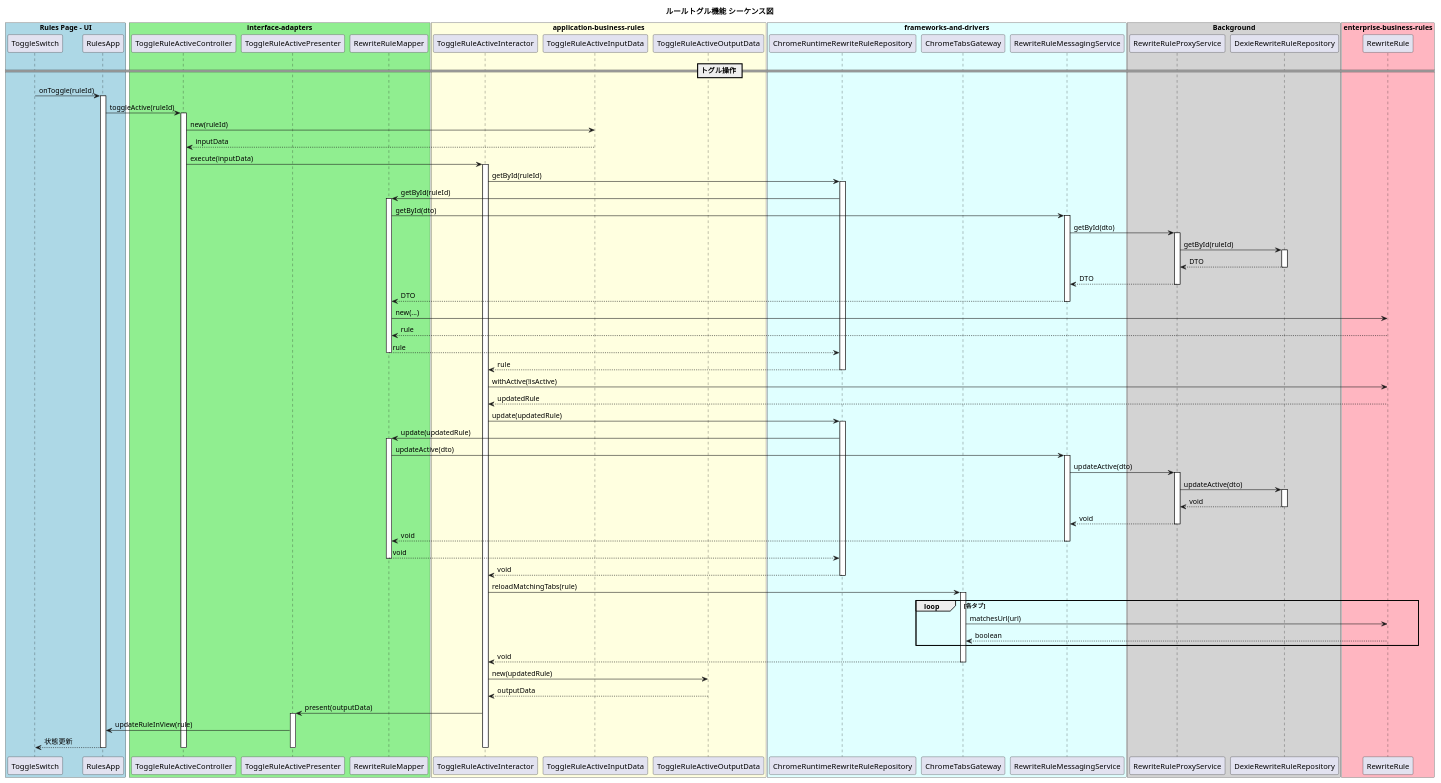
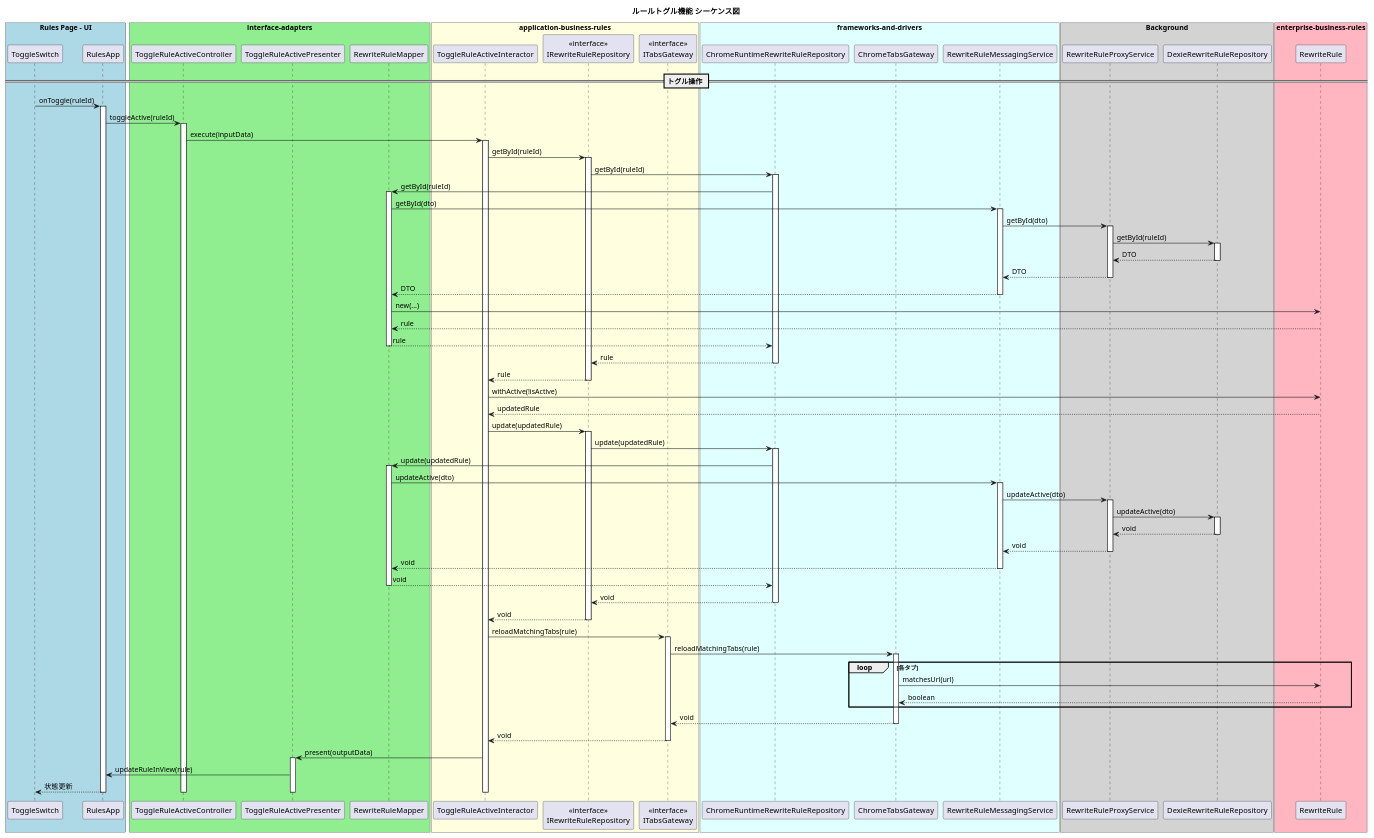
The diagram in docs/design/pages/rule-list/features/toggle-rule-active/02-sequence.puml (akAredminEogre/frog-frame-front), drawn with PlantUML before and after one commit.

Commit message:
docs: シーケンス図にIRewriteRuleRepository/ITabsGatewayインターフェースを追加
InteractorがインターフェースのIRewriteRuleRepository、ITabsGatewayに依存し、
実行時にDI経由で実装クラスが注入される構造を表現。

```diff
--- a/docs/design/pages/rule-list/features/toggle-rule-active/02-sequence.puml
+++ b/docs/design/pages/rule-list/features/toggle-rule-active/02-sequence.puml
@@ -1,140 +1,152 @@
 @startuml ToggleRuleActive
 
 title ルールトグル機能 シーケンス図
 
 box "Rules Page - UI" #LightBlue
   participant "ToggleSwitch" as UI
   participant "RulesApp" as View
 end box
 
 box "interface-adapters" #LightGreen
   participant "ToggleRuleActiveController" as Controller
   participant "ToggleRuleActivePresenter" as Presenter
   participant "RewriteRuleMapper" as Mapper
 end box
 
 box "application-business-rules" #LightYellow
   participant "ToggleRuleActiveInteractor" as Interactor
-  participant "ToggleRuleActiveInputData" as InputData
-  participant "ToggleRuleActiveOutputData" as OutputData
+  participant "<<interface>>\nIRewriteRuleRepository" as IRepository
+  participant "<<interface>>\nITabsGateway" as ITabsGateway
 end box
 
 box "frameworks-and-drivers" #LightCyan
   participant "ChromeRuntimeRewriteRuleRepository" as MessagingRepo
   participant "ChromeTabsGateway" as TabsGateway
   participant "RewriteRuleMessagingService" as MessagingService
 end box
 
 box "Background" #LightGray
   participant "RewriteRuleProxyService" as ProxyService
   participant "DexieRewriteRuleRepository" as DexieRepo
 end box
 
 box "enterprise-business-rules" #LightPink
   participant "RewriteRule" as Entity
 end box
 
 == トグル操作 ==
 
 UI -> View : onToggle(ruleId)
 activate View
 
 View -> Controller : toggleActive(ruleId)
 activate Controller
 
-Controller -> InputData : new(ruleId)
-InputData --> Controller : inputData
-
 Controller -> Interactor : execute(inputData)
 activate Interactor
 
-Interactor -> MessagingRepo : getById(ruleId)
+Interactor -> IRepository : getById(ruleId)
+activate IRepository
+
+IRepository -> MessagingRepo : getById(ruleId)
 activate MessagingRepo
 
 MessagingRepo -> Mapper : getById(ruleId)
 activate Mapper
 
 Mapper -> MessagingService : getById(dto)
 activate MessagingService
 
 MessagingService -> ProxyService : getById(dto)
 activate ProxyService
 
 ProxyService -> DexieRepo : getById(ruleId)
 activate DexieRepo
 DexieRepo --> ProxyService : DTO
 deactivate DexieRepo
 
 ProxyService --> MessagingService : DTO
 deactivate ProxyService
 
 MessagingService --> Mapper : DTO
 deactivate MessagingService
 
 Mapper -> Entity : new(...)
 Entity --> Mapper : rule
 
 Mapper --> MessagingRepo : rule
 deactivate Mapper
 
-MessagingRepo --> Interactor : rule
+MessagingRepo --> IRepository : rule
 deactivate MessagingRepo
+
+IRepository --> Interactor : rule
+deactivate IRepository
 
 Interactor -> Entity : withActive(!isActive)
 Entity --> Interactor : updatedRule
 
-Interactor -> MessagingRepo : update(updatedRule)
+Interactor -> IRepository : update(updatedRule)
+activate IRepository
+
+IRepository -> MessagingRepo : update(updatedRule)
 activate MessagingRepo
 
 MessagingRepo -> Mapper : update(updatedRule)
 activate Mapper
 
 Mapper -> MessagingService : updateActive(dto)
 activate MessagingService
 
 MessagingService -> ProxyService : updateActive(dto)
 activate ProxyService
 
 ProxyService -> DexieRepo : updateActive(dto)
 activate DexieRepo
 DexieRepo --> ProxyService : void
 deactivate DexieRepo
 
 ProxyService --> MessagingService : void
 deactivate ProxyService
 
 MessagingService --> Mapper : void
 deactivate MessagingService
 
 Mapper --> MessagingRepo : void
 deactivate Mapper
 
-MessagingRepo --> Interactor : void
+MessagingRepo --> IRepository : void
 deactivate MessagingRepo
 
-Interactor -> TabsGateway : reloadMatchingTabs(rule)
+IRepository --> Interactor : void
+deactivate IRepository
+
+Interactor -> ITabsGateway : reloadMatchingTabs(rule)
+activate ITabsGateway
+
+ITabsGateway -> TabsGateway : reloadMatchingTabs(rule)
 activate TabsGateway
 
 loop 各タブ
   TabsGateway -> Entity : matchesUrl(url)
   Entity --> TabsGateway : boolean
 end
 
-TabsGateway --> Interactor : void
+TabsGateway --> ITabsGateway : void
 deactivate TabsGateway
 
-Interactor -> OutputData : new(updatedRule)
-OutputData --> Interactor : outputData
+ITabsGateway --> Interactor : void
+deactivate ITabsGateway
 
 Interactor -> Presenter : present(outputData)
 activate Presenter
 
 Presenter -> View : updateRuleInView(rule)
 View --> UI : 状態更新
 
 deactivate Presenter
 deactivate Interactor
 deactivate Controller
 deactivate View
 
 @enduml
```
